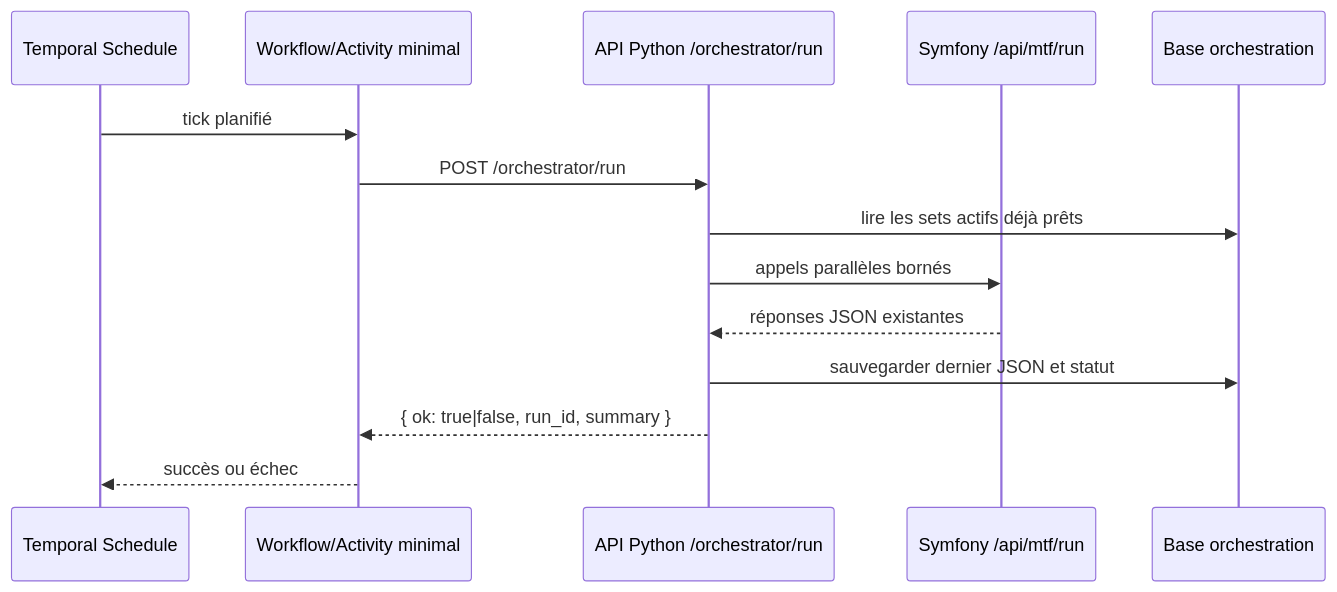
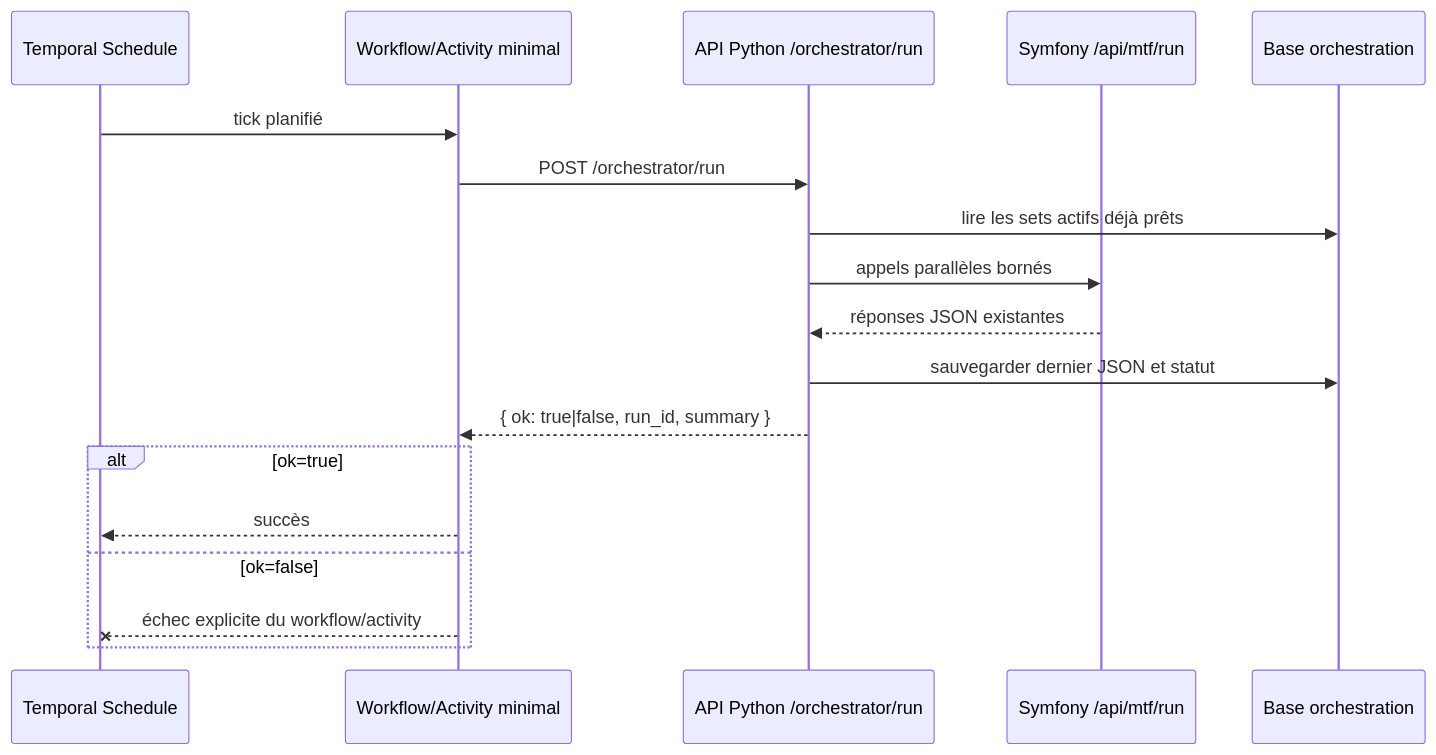
The first of 2 diagrams in docs/handbook/technical/temporal.md (pivox/tradingV3), drawn with Mermaid before and after one commit. The commit also changed other lines of this file, not shown here.

Commit message:
docs: require temporal failure on orchestrator ok false

````diff
--- a/docs/handbook/technical/temporal.md
+++ b/docs/handbook/technical/temporal.md
@@ -21,17 +21,21 @@
 ```mermaid
 sequenceDiagram
     participant Schedule as Temporal Schedule
     participant Activity as Workflow/Activity minimal
     participant Python as API Python /orchestrator/run
     participant Symfony as Symfony /api/mtf/run
     participant Db as Base orchestration
 
     Schedule->>Activity: tick planifié
     Activity->>Python: POST /orchestrator/run
     Python->>Db: lire les sets actifs déjà prêts
     Python->>Symfony: appels parallèles bornés
     Symfony-->>Python: réponses JSON existantes
     Python->>Db: sauvegarder dernier JSON et statut
     Python-->>Activity: { ok: true|false, run_id, summary }
-    Activity-->>Schedule: succès ou échec
+    alt ok=true
+        Activity-->>Schedule: succès
+    else ok=false
+        Activity--xSchedule: échec explicite du workflow/activity
+    end
 ```
````
